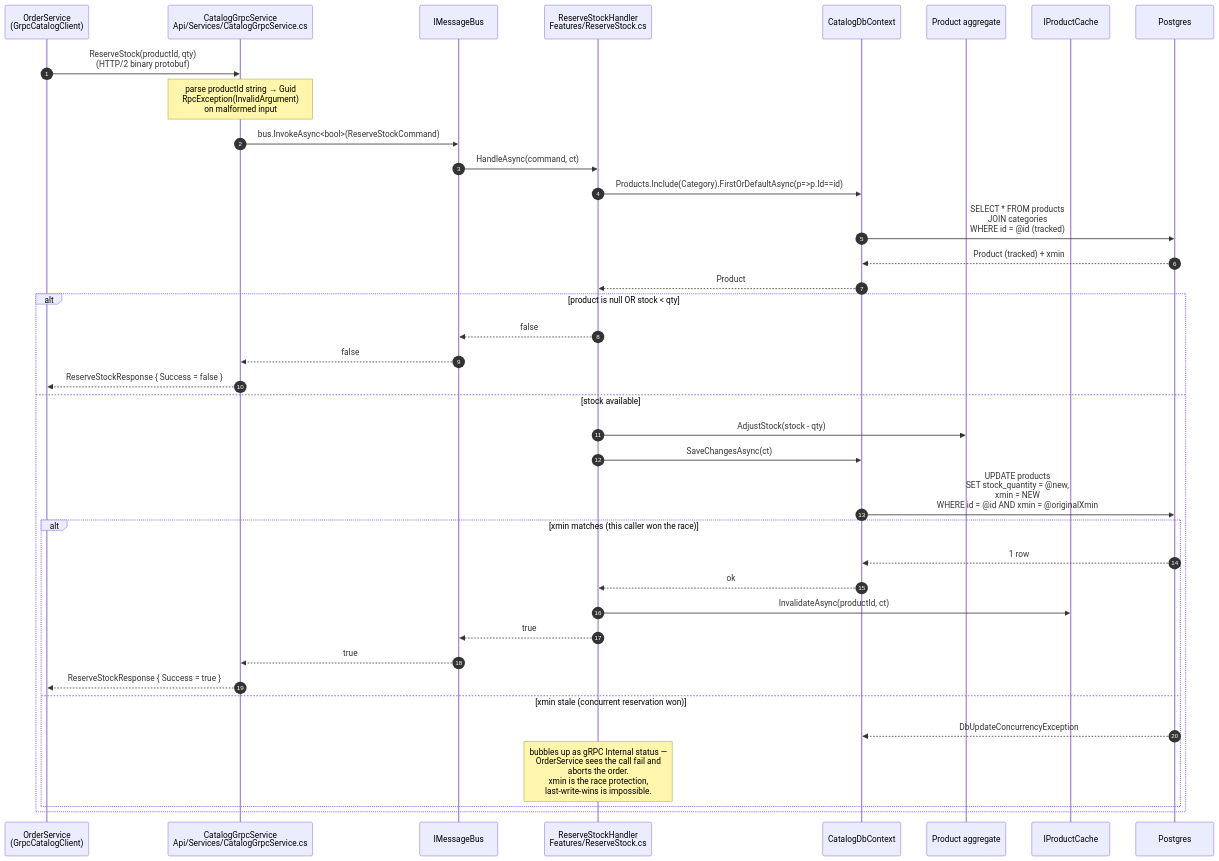
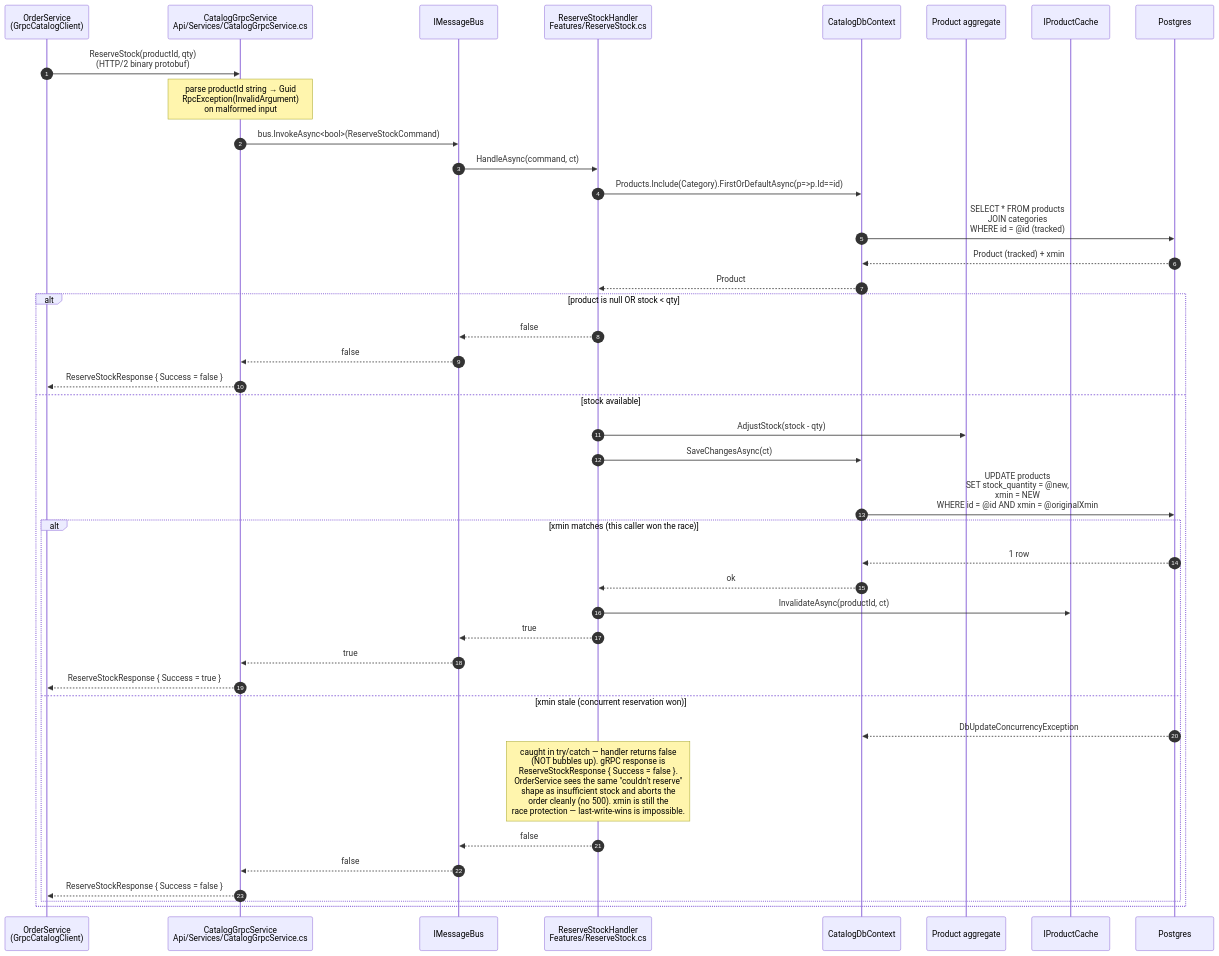
The third of 4 diagrams in docs/code-flows/catalogservice.md (emeraldleaf/NextAurora), drawn with Mermaid before and after one commit. The commit also changed other lines of this file and 3 other files, not shown here.

````diff
--- a/docs/code-flows/catalogservice.md
+++ b/docs/code-flows/catalogservice.md
@@ -135,43 +136,46 @@
 ```mermaid
 sequenceDiagram
     autonumber
     participant Order as OrderService<br/>(GrpcCatalogClient)
     participant gRPC as CatalogGrpcService<br/>Api/Services/CatalogGrpcService.cs
     participant Bus as IMessageBus
     participant H as ReserveStockHandler<br/>Features/ReserveStock.cs
     participant Ctx as CatalogDbContext
     participant Agg as Product aggregate
     participant Cache as IProductCache
     participant DB as Postgres
 
     Order->>gRPC: ReserveStock(productId, qty)<br/>(HTTP/2 binary protobuf)
     Note over gRPC: parse productId string → Guid<br/>RpcException(InvalidArgument)<br/>on malformed input
     gRPC->>Bus: bus.InvokeAsync<bool>(ReserveStockCommand)
     Bus->>H: HandleAsync(command, ct)
 
     H->>Ctx: Products.Include(Category).FirstOrDefaultAsync(p=>p.Id==id)
     Ctx->>DB: SELECT * FROM products<br/>JOIN categories<br/>WHERE id = @id (tracked)
     DB-->>Ctx: Product (tracked) + xmin
     Ctx-->>H: Product
 
     alt product is null OR stock < qty
         H-->>Bus: false
         Bus-->>gRPC: false
         gRPC-->>Order: ReserveStockResponse { Success = false }
     else stock available
         H->>Agg: AdjustStock(stock - qty)
         H->>Ctx: SaveChangesAsync(ct)
         Ctx->>DB: UPDATE products<br/>SET stock_quantity = @new,<br/>xmin = NEW<br/>WHERE id = @id AND xmin = @originalXmin
         alt xmin matches (this caller won the race)
             DB-->>Ctx: 1 row
             Ctx-->>H: ok
             H->>Cache: InvalidateAsync(productId, ct)
             H-->>Bus: true
             Bus-->>gRPC: true
             gRPC-->>Order: ReserveStockResponse { Success = true }
         else xmin stale (concurrent reservation won)
             DB-->>Ctx: DbUpdateConcurrencyException
-            Note over H: bubbles up as gRPC Internal status —<br/>OrderService sees the call fail and<br/>aborts the order.<br/>xmin is the race protection,<br/>last-write-wins is impossible.
+            Note over H: caught in try/catch — handler returns false<br/>(NOT bubbles up). gRPC response is<br/>ReserveStockResponse { Success = false }.<br/>OrderService sees the same "couldn't reserve"<br/>shape as insufficient stock and aborts the<br/>order cleanly (no 500). xmin is still the<br/>race protection — last-write-wins is impossible.
+            H-->>Bus: false
+            Bus-->>gRPC: false
+            gRPC-->>Order: ReserveStockResponse { Success = false }
         end
     end
 ```
````
